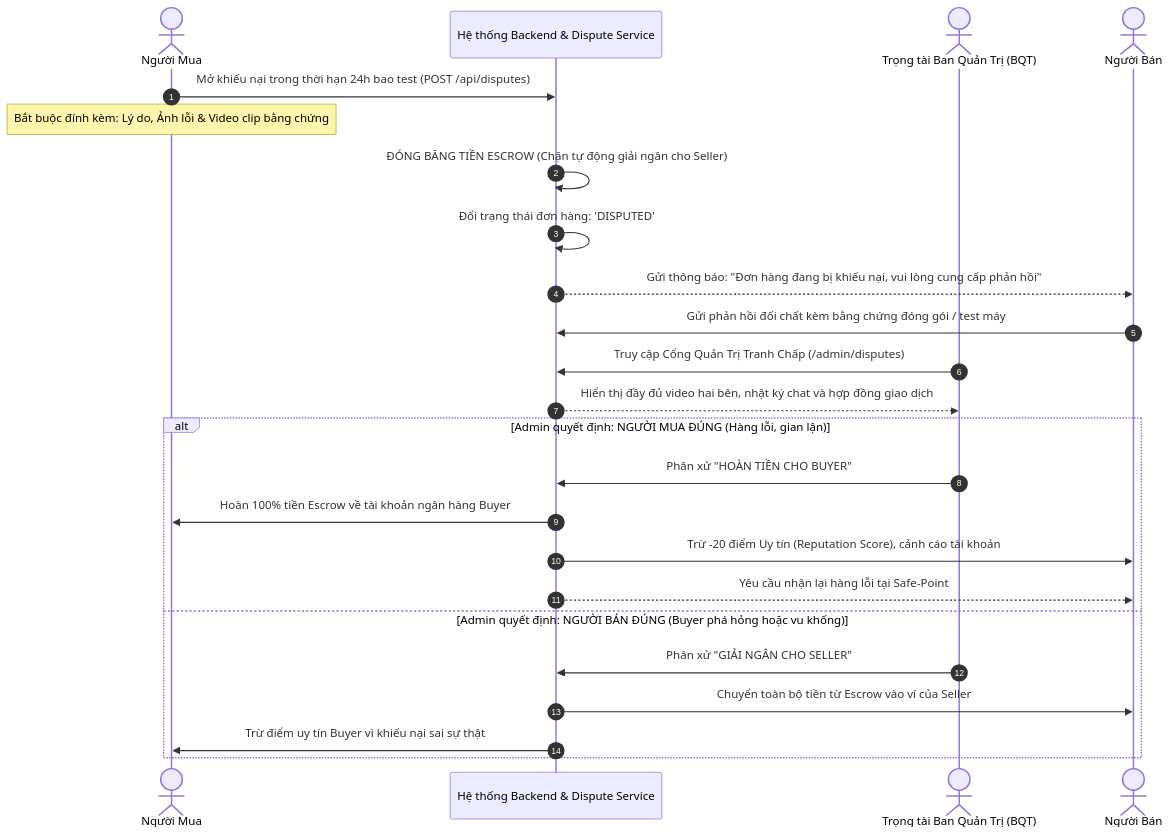
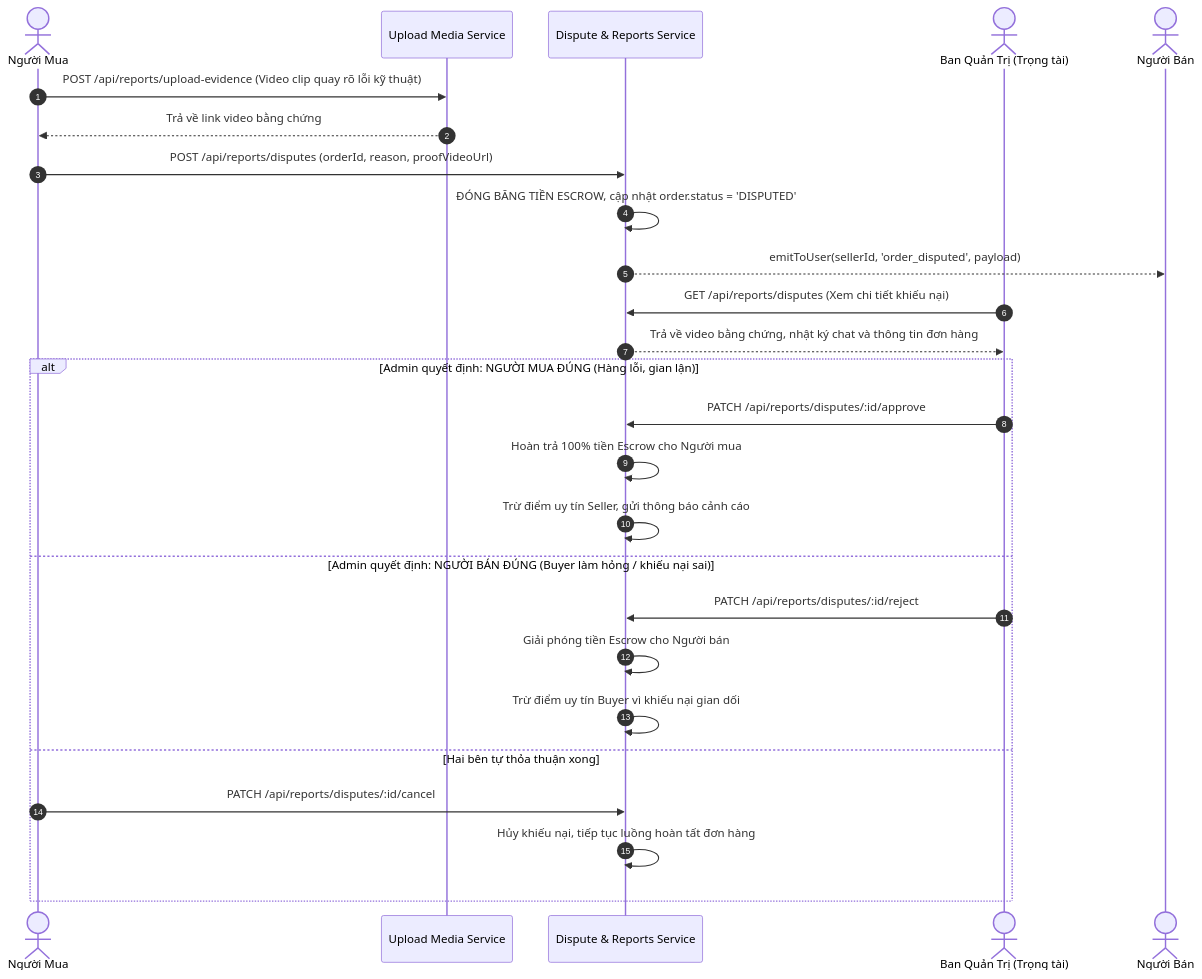
The ninth of 13 diagrams in PROJECT_FLOWS.md (phongnha230/Market_FU), drawn with Mermaid before and after one commit. The commit also changed other lines of this file and 11 other files, not shown here.

````diff
--- a/PROJECT_FLOWS.md
+++ b/PROJECT_FLOWS.md
@@ -421,31 +357,32 @@
 ```mermaid
 sequenceDiagram
     autonumber
     actor Buyer as Người Mua
-    participant System as Hệ thống Backend & Dispute Service
-    actor Admin as Trọng tài Ban Quản Trị (BQT)
+    participant Upload as Upload Media Service
+    participant DisputeAPI as Dispute & Reports Service
+    actor Admin as Ban Quản Trị (Trọng tài)
     actor Seller as Người Bán
 
-    Buyer->>System: Mở khiếu nại trong thời hạn 24h bao test (POST /api/disputes)
-    Note over Buyer: Bắt buộc đính kèm: Lý do, Ảnh lỗi & Video clip bằng chứng
+    Buyer->>Upload: POST /api/reports/upload-evidence (Video clip quay rõ lỗi kỹ thuật)
+    Upload-->>Buyer: Trả về link video bằng chứng
+    
+    Buyer->>DisputeAPI: POST /api/reports/disputes (orderId, reason, proofVideoUrl)
+    DisputeAPI->>DisputeAPI: ĐÓNG BĂNG TIỀN ESCROW, cập nhật order.status = 'DISPUTED'
+    DisputeAPI-->>Seller: emitToUser(sellerId, 'order_disputed', payload)
   
-    System->>System: ĐÓNG BĂNG TIỀN ESCROW (Chặn tự động giải ngân cho Seller)
-    System->>System: Đổi trạng thái đơn hàng: 'DISPUTED'
-    System-->>Seller: Gửi thông báo: "Đơn hàng đang bị khiếu nại, vui lòng cung cấp phản hồi"
-  
-    Seller->>System: Gửi phản hồi đối chất kèm bằng chứng đóng gói / test máy
-  
-    Admin->>System: Truy cập Cổng Quản Trị Tranh Chấp (/admin/disputes)
-    System-->>Admin: Hiển thị đầy đủ video hai bên, nhật ký chat và hợp đồng giao dịch
+    Admin->>DisputeAPI: GET /api/reports/disputes (Xem chi tiết khiếu nại)
+    DisputeAPI-->>Admin: Trả về video bằng chứng, nhật ký chat và thông tin đơn hàng
   
     alt Admin quyết định: NGƯỜI MUA ĐÚNG (Hàng lỗi, gian lận)
-        Admin->>System: Phân xử "HOÀN TIỀN CHO BUYER"
-        System->>Buyer: Hoàn 100% tiền Escrow về tài khoản ngân hàng Buyer
-        System->>Seller: Trừ -20 điểm Uy tín (Reputation Score), cảnh cáo tài khoản
-        System-->>Seller: Yêu cầu nhận lại hàng lỗi tại Safe-Point
-    else Admin quyết định: NGƯỜI BÁN ĐÚNG (Buyer phá hỏng hoặc vu khống)
-        Admin->>System: Phân xử "GIẢI NGÂN CHO SELLER"
-        System->>Seller: Chuyển toàn bộ tiền từ Escrow vào ví của Seller
-        System->>Buyer: Trừ điểm uy tín Buyer vì khiếu nại sai sự thật
+        Admin->>DisputeAPI: PATCH /api/reports/disputes/:id/approve
+        DisputeAPI->>DisputeAPI: Hoàn trả 100% tiền Escrow cho Người mua
+        DisputeAPI->>DisputeAPI: Trừ điểm uy tín Seller, gửi thông báo cảnh cáo
+    else Admin quyết định: NGƯỜI BÁN ĐÚNG (Buyer làm hỏng / khiếu nại sai)
+        Admin->>DisputeAPI: PATCH /api/reports/disputes/:id/reject
+        DisputeAPI->>DisputeAPI: Giải phóng tiền Escrow cho Người bán
+        DisputeAPI->>DisputeAPI: Trừ điểm uy tín Buyer vì khiếu nại gian dối
+    else Hai bên tự thỏa thuận xong
+        Buyer->>DisputeAPI: PATCH /api/reports/disputes/:id/cancel
+        DisputeAPI->>DisputeAPI: Hủy khiếu nại, tiếp tục luồng hoàn tất đơn hàng
     end
 ```
````
